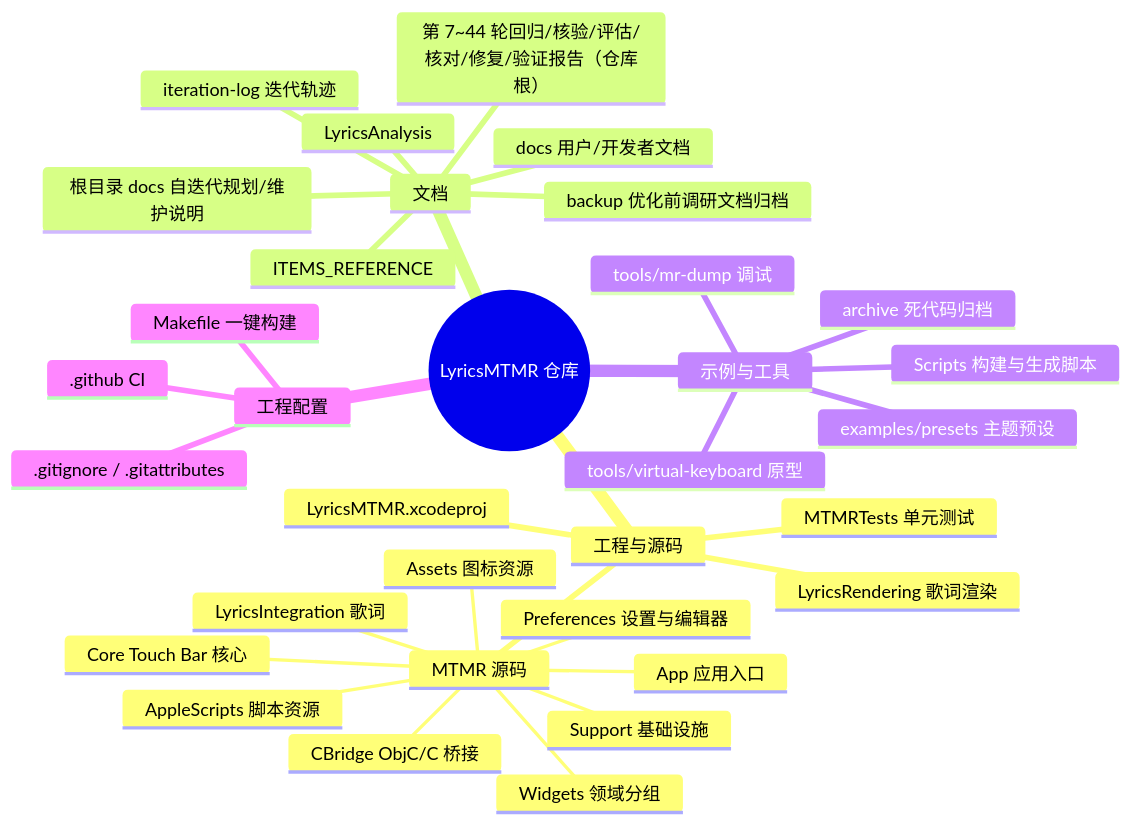
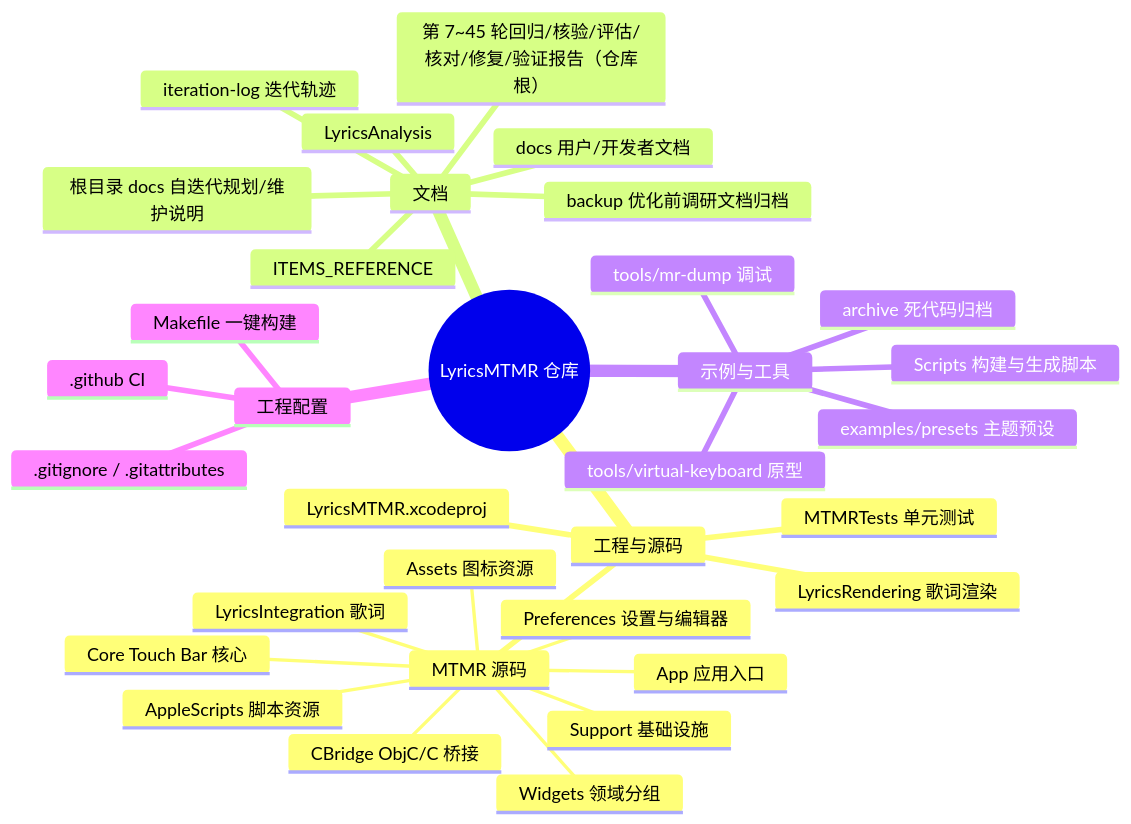
One commit to Tangzishun-Li/LyricsMTMR changed the first of 2 diagrams in LyricsMTMR/docs/file-structure.zh.md. Above: the diagram before and after it, drawn with Mermaid. The commit also changed other lines of this file and 3 other files, not shown here.

````diff
--- a/LyricsMTMR/docs/file-structure.zh.md
+++ b/LyricsMTMR/docs/file-structure.zh.md
@@ -10,36 +10,36 @@
 ```mermaid
 mindmap
   root((LyricsMTMR 仓库))
     工程与源码
       LyricsMTMR.xcodeproj
       MTMR 源码
         App 应用入口
         Core Touch Bar 核心
         Support 基础设施
         Widgets 领域分组
         Preferences 设置与编辑器
         LyricsIntegration 歌词
         CBridge ObjC/C 桥接
         AppleScripts 脚本资源
         Assets 图标资源
       LyricsRendering 歌词渲染
       MTMRTests 单元测试
     文档
       docs 用户/开发者文档
       ITEMS_REFERENCE
       LyricsAnalysis
       backup 优化前调研文档归档
       iteration-log 迭代轨迹
       根目录 docs 自迭代规划/维护说明
-      第 7~44 轮回归/核验/评估/核对/修复/验证报告（仓库根）
+      第 7~45 轮回归/核验/评估/核对/修复/验证报告（仓库根）
     示例与工具
       examples/presets 主题预设
       tools/mr-dump 调试
       tools/virtual-keyboard 原型
       Scripts 构建与生成脚本
       archive 死代码归档
     工程配置
       .github CI
       .gitignore / .gitattributes
       Makefile 一键构建
 ```
````
